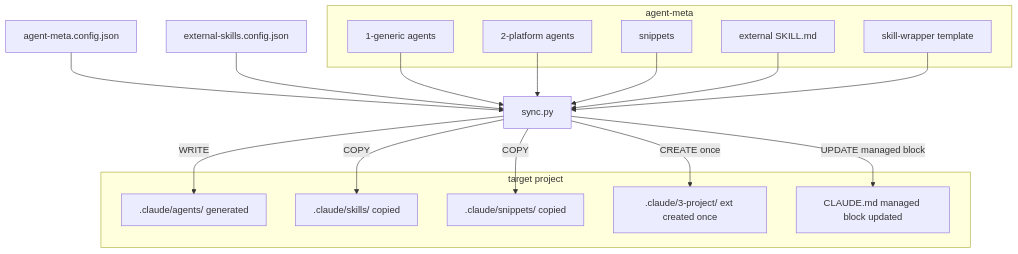
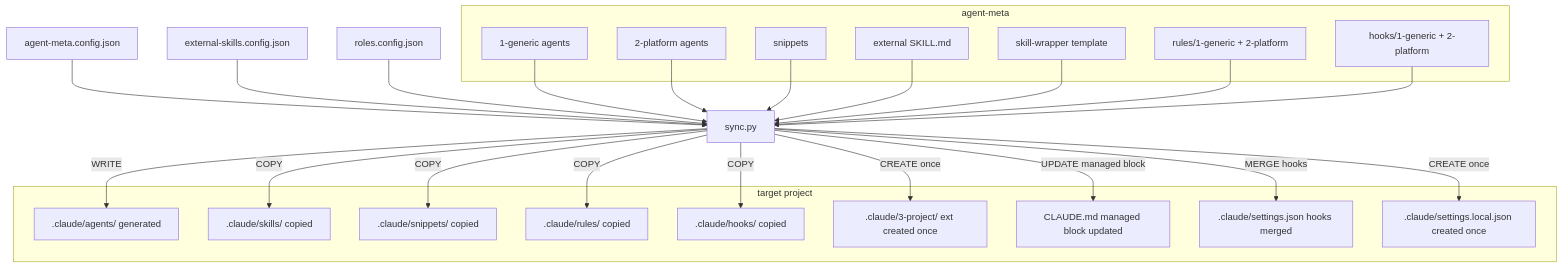
The diagram in docs/architecture/02-sync-flow.md (Popoboxxo/agent-meta), drawn with Mermaid before and after one commit. The commit also changed other lines of this file and 7 other files, not shown here.

````diff
--- a/docs/architecture/02-sync-flow.md
+++ b/docs/architecture/02-sync-flow.md
@@ -5,36 +5,50 @@
 ```mermaid
 flowchart TD
     CFG[agent-meta.config.json]
     ECFG[external-skills.config.json]
+    RCFG[roles.config.json]
     SYNC[sync.py]
 
     subgraph sources [agent-meta]
         G1[1-generic agents]
         G2[2-platform agents]
         SN[snippets]
         EX[external SKILL.md]
         WR[skill-wrapper template]
+        RL[rules/1-generic + 2-platform]
+        HK[hooks/1-generic + 2-platform]
     end
 
     subgraph target [target project]
         AG[.claude/agents/ generated]
         SK[.claude/skills/ copied]
         SNC[.claude/snippets/ copied]
+        RLO[.claude/rules/ copied]
+        HKO[.claude/hooks/ copied]
         EXT[.claude/3-project/ ext created once]
         CLA[CLAUDE.md managed block updated]
+        SET[.claude/settings.json hooks merged]
+        SETL[.claude/settings.local.json created once]
     end
 
     CFG --> SYNC
     ECFG --> SYNC
+    RCFG --> SYNC
     G1 --> SYNC
     G2 --> SYNC
     SN --> SYNC
     EX --> SYNC
     WR --> SYNC
+    RL --> SYNC
+    HK --> SYNC
 
     SYNC -->|WRITE| AG
     SYNC -->|COPY| SNC
     SYNC -->|COPY| SK
+    SYNC -->|COPY| RLO
+    SYNC -->|COPY| HKO
     SYNC -->|CREATE once| EXT
     SYNC -->|UPDATE managed block| CLA
+    SYNC -->|MERGE hooks| SET
+    SYNC -->|CREATE once| SETL
 ```
````
